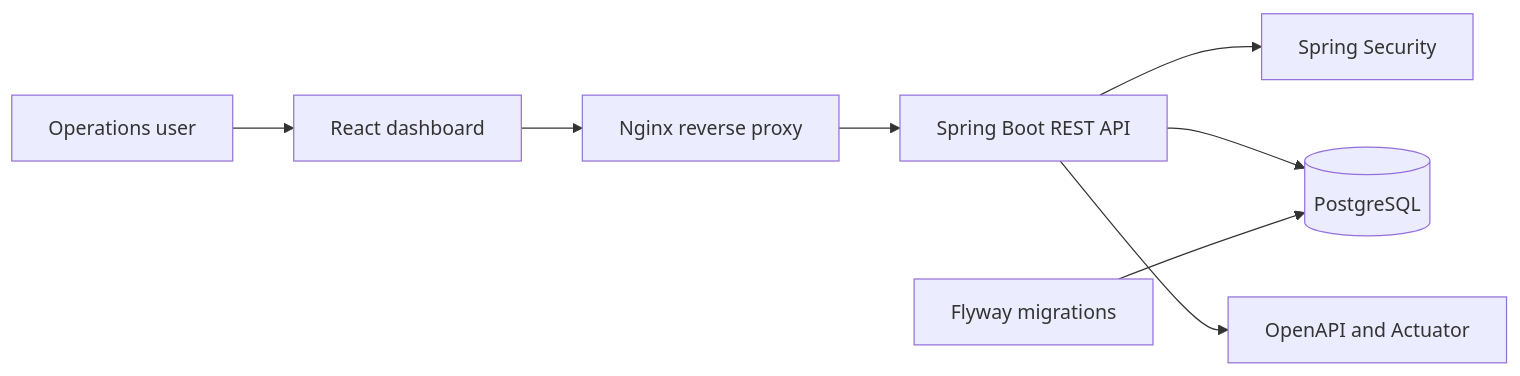
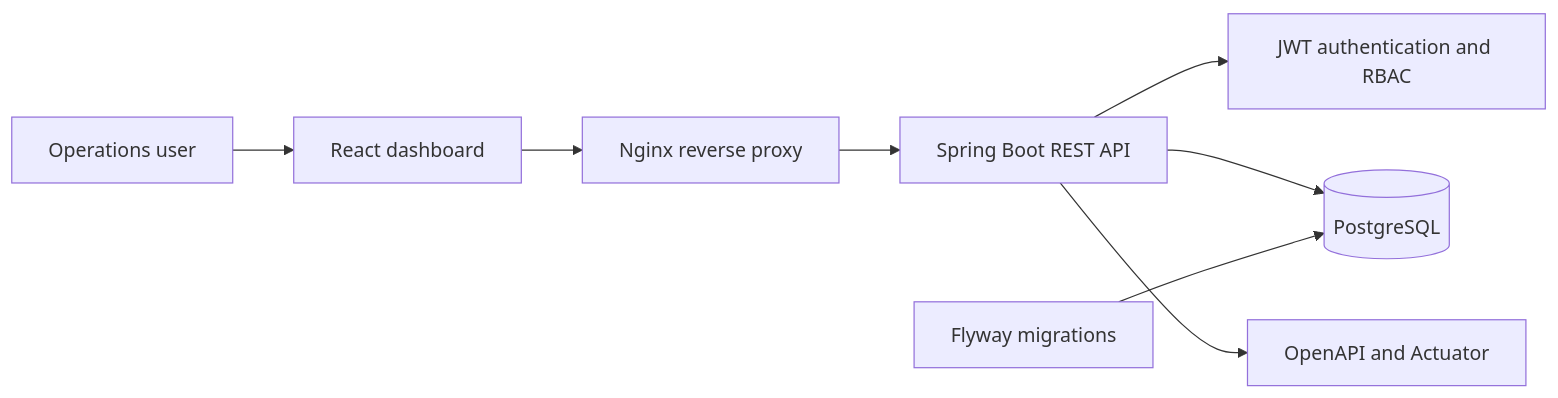
The diagram in README.md (PabloVA02/stockpilot), drawn with Mermaid before and after one commit. The commit also changed other lines of this file and 37 other files, not shown here.

````diff
--- a/README.md
+++ b/README.md
@@ -55,10 +58,10 @@
 ```mermaid
 flowchart LR
     U[Operations user] --> W[React dashboard]
     W --> N[Nginx reverse proxy]
     N --> A[Spring Boot REST API]
-    A --> S[Spring Security]
+    A --> S[JWT authentication and RBAC]
     A --> D[(PostgreSQL)]
     F[Flyway migrations] --> D
     A --> O[OpenAPI and Actuator]
 ```
````
